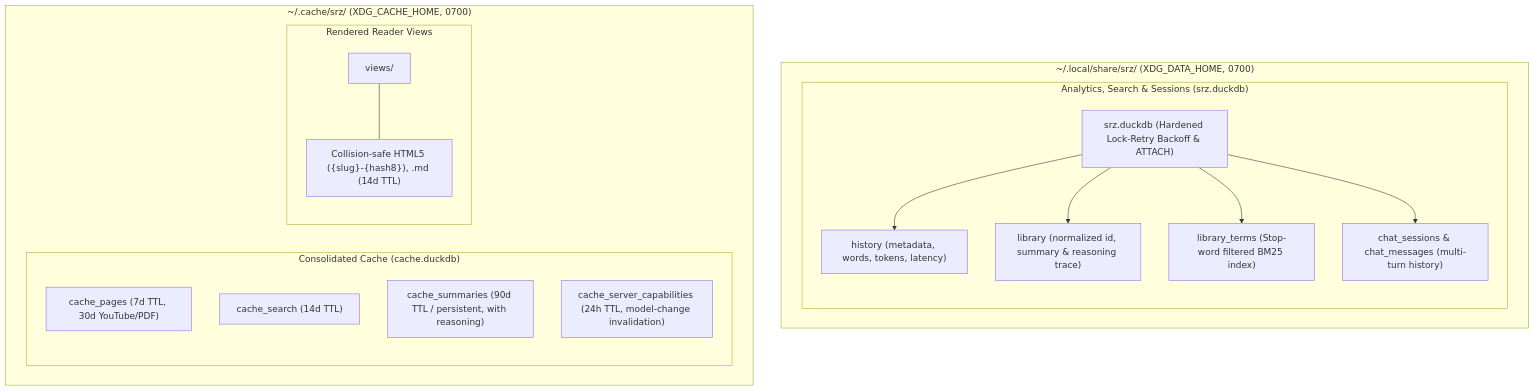
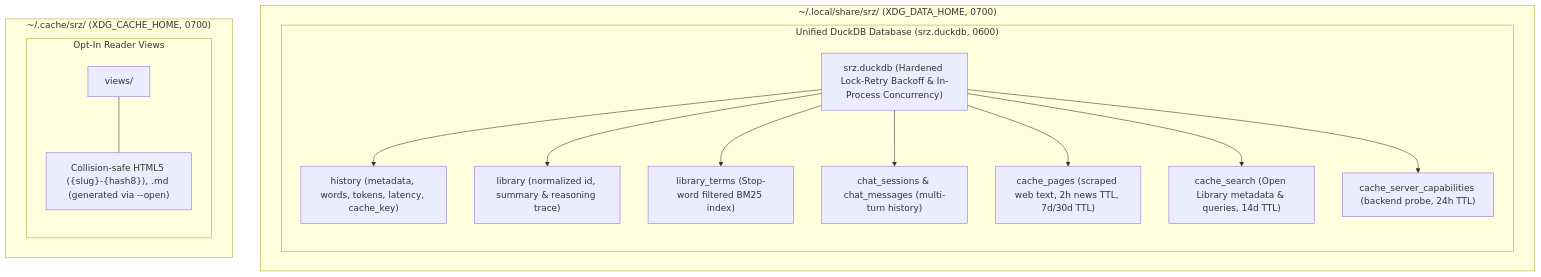
Before and after one commit to NewGuy012/srz: the fourth of 4 diagrams in docs/src/architecture.md, drawn with Mermaid. The commit also changed other lines of this file and 3 other files, not shown here.

Commit message:
docs: document unified srz.duckdb storage, opt-in view generation, 2h news TTL, and SQL window pruning

````diff
--- a/docs/src/architecture.md
+++ b/docs/src/architecture.md
@@ -245,24 +248,21 @@
 ```mermaid
 graph TD
     subgraph DataRoot["~/.local/share/srz/ (XDG_DATA_HOME, 0700)"]
-        subgraph LibraryDB["Analytics, Search & Sessions (srz.duckdb)"]
-            D["srz.duckdb (Hardened Lock-Retry Backoff & ATTACH)"]
-            D --> T1["history (metadata, words, tokens, latency)"]
+        subgraph UnifiedDB["Unified DuckDB Database (srz.duckdb, 0600)"]
+            D["srz.duckdb (Hardened Lock-Retry Backoff & In-Process Concurrency)"]
+            D --> T1["history (metadata, words, tokens, latency, cache_key)"]
             D --> T2["library (normalized id, summary & reasoning trace)"]
             D --> T3["library_terms (Stop-word filtered BM25 index)"]
             D --> T4["chat_sessions & chat_messages (multi-turn history)"]
+            D --> T5["cache_pages (scraped web text, 2h news TTL, 7d/30d TTL)"]
+            D --> T6["cache_search (Open Library metadata & queries, 14d TTL)"]
+            D --> T7["cache_server_capabilities (backend probe, 24h TTL)"]
         end
     end
 
     subgraph CacheRoot["~/.cache/srz/ (XDG_CACHE_HOME, 0700)"]
-        subgraph CacheEngine["Consolidated Cache (cache.duckdb)"]
-            CP["cache_pages (7d TTL, 30d YouTube/PDF)"]
-            CS["cache_search (14d TTL)"]
-            CM["cache_summaries (90d TTL / persistent, with reasoning)"]
-            CC["cache_server_capabilities (24h TTL, model-change invalidation)"]
-        end
-        subgraph ViewsDir["Rendered Reader Views"]
-            V["views/"] --- V_desc["Collision-safe HTML5 ({slug}-{hash8}), .md (14d TTL)"]
+        subgraph ViewsDir["Opt-In Reader Views"]
+            V["views/"] --- V_desc["Collision-safe HTML5 ({slug}-{hash8}), .md (generated via --open)"]
         end
     end
 ```
````
